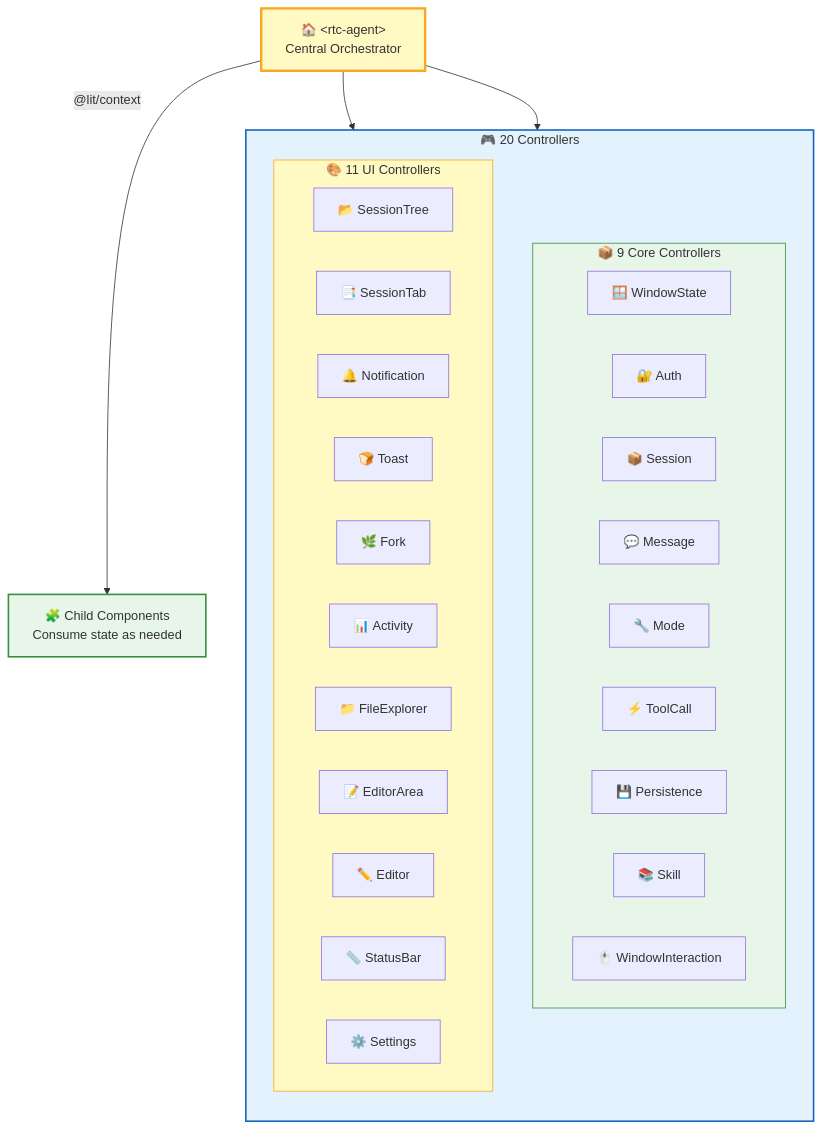
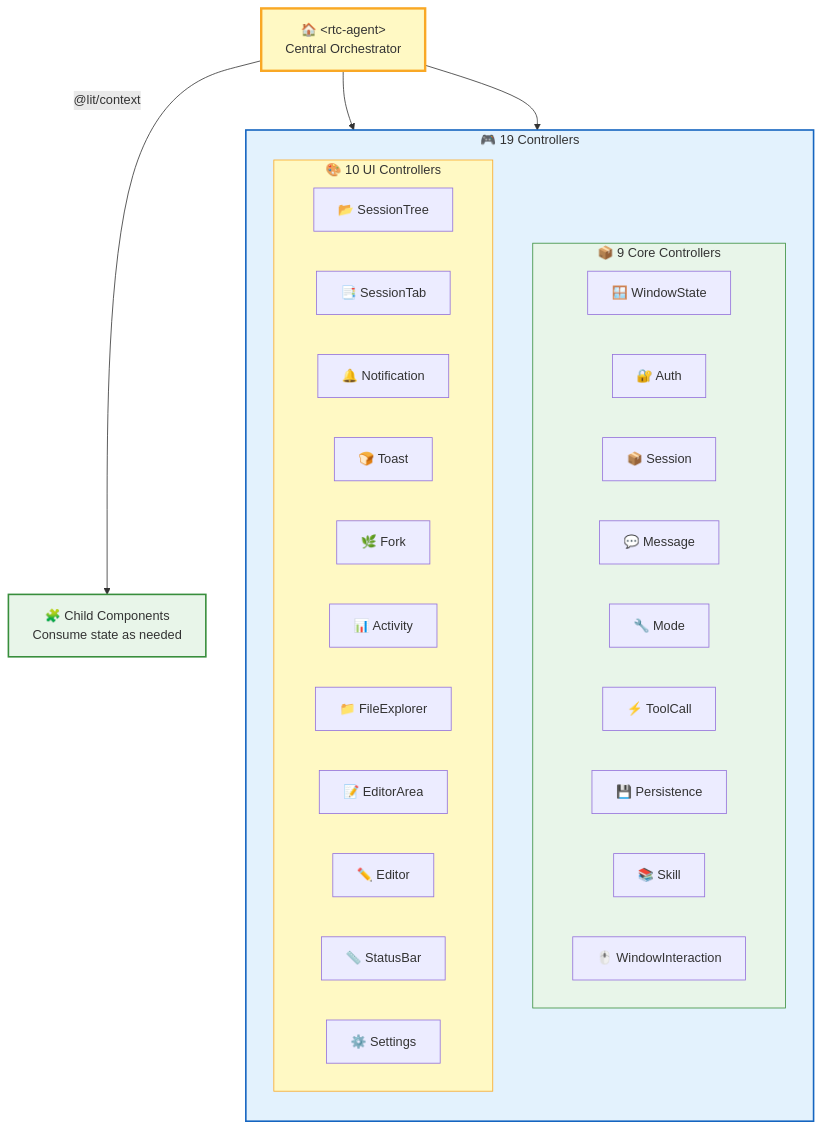
One commit to rtc-agent/docs changed the third of 9 diagrams in src/content/docs/en/architecture/frontend.md. Above: the diagram before and after it, drawn with Mermaid. The commit also changed other lines of this file and 9 other files, not shown here.

````diff
--- a/src/content/docs/en/architecture/frontend.md
+++ b/src/content/docs/en/architecture/frontend.md
@@ -115,41 +115,41 @@
 ```mermaid
 flowchart TD
-    subgraph CONTROLLERS["🎮 20 Controllers"]
+    subgraph CONTROLLERS["🎮 19 Controllers"]
         direction TB
         subgraph CORE["📦 9 Core Controllers"]
             C1["🪟 WindowState"]
             C2["🔐 Auth"]
             C3["📦 Session"]
             C4["💬 Message"]
             C5["🔧 Mode"]
             C6["⚡ ToolCall"]
             C7["💾 Persistence"]
             C8["📚 Skill"]
             C9["🖱️ WindowInteraction"]
         end
-        subgraph UI["🎨 11 UI Controllers"]
+        subgraph UI["🎨 10 UI Controllers"]
             C10["📂 SessionTree"]
             C11["📑 SessionTab"]
             C12["🔔 Notification"]
             C13["🍞 Toast"]
             C14["🌿 Fork"]
             C15["📊 Activity"]
             C16["📁 FileExplorer"]
             C17["📝 EditorArea"]
             C18["✏️ Editor"]
             C19["📏 StatusBar"]
             C20["⚙️ Settings"]
         end
     end
 
     ROOT["🏠 &lt;rtc-agent&gt;<br/>Central Orchestrator"] --> CORE
     ROOT --> UI
 
     ROOT -->|"@lit/context"| CHILDREN["🧩 Child Components<br/>Consume state as needed"]
 
     style ROOT fill:#fff9c4,stroke:#f9a825,stroke-width:3px
     style CONTROLLERS fill:#e3f2fd,stroke:#1565c0,stroke-width:2px
     style CORE fill:#e8f5e9,stroke:#388e3c,stroke-width:1px
     style UI fill:#fff9c4,stroke:#f9a825,stroke-width:1px
     style CHILDREN fill:#e8f5e9,stroke:#388e3c,stroke-width:2px
 ```
````
